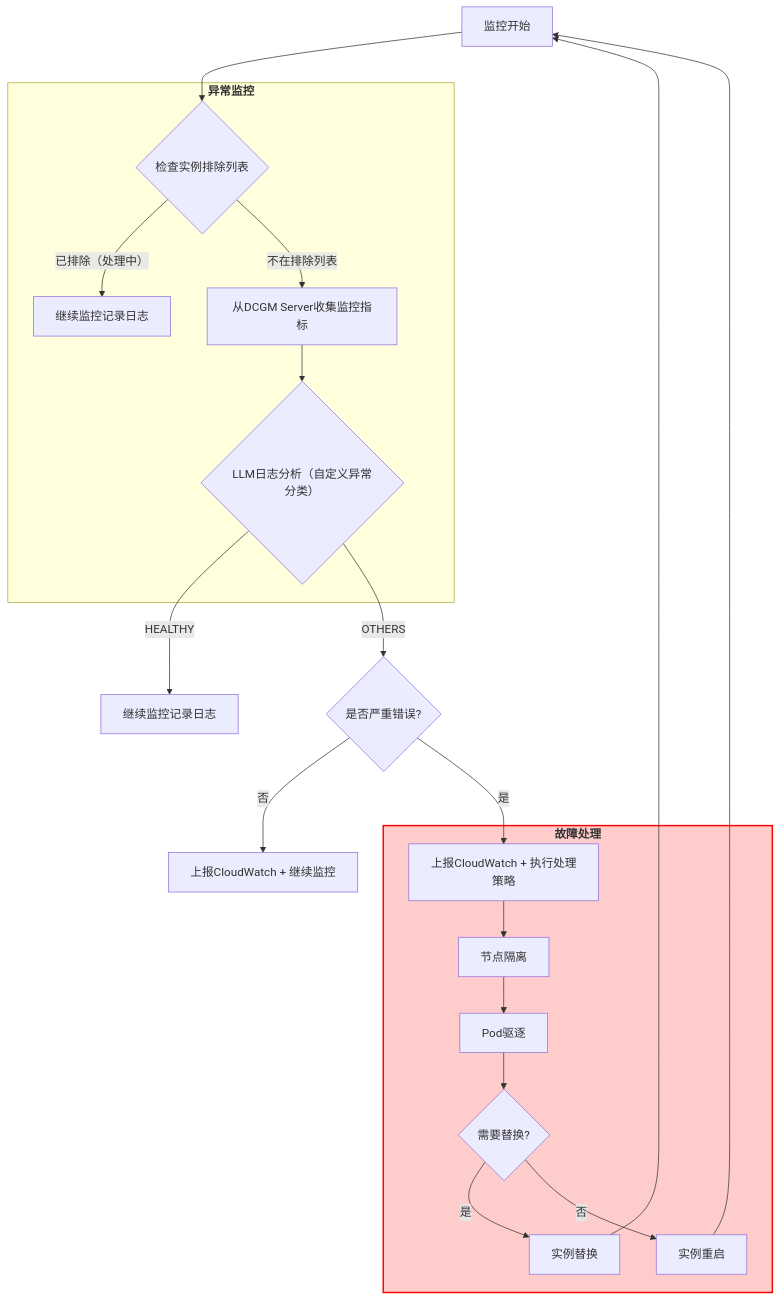
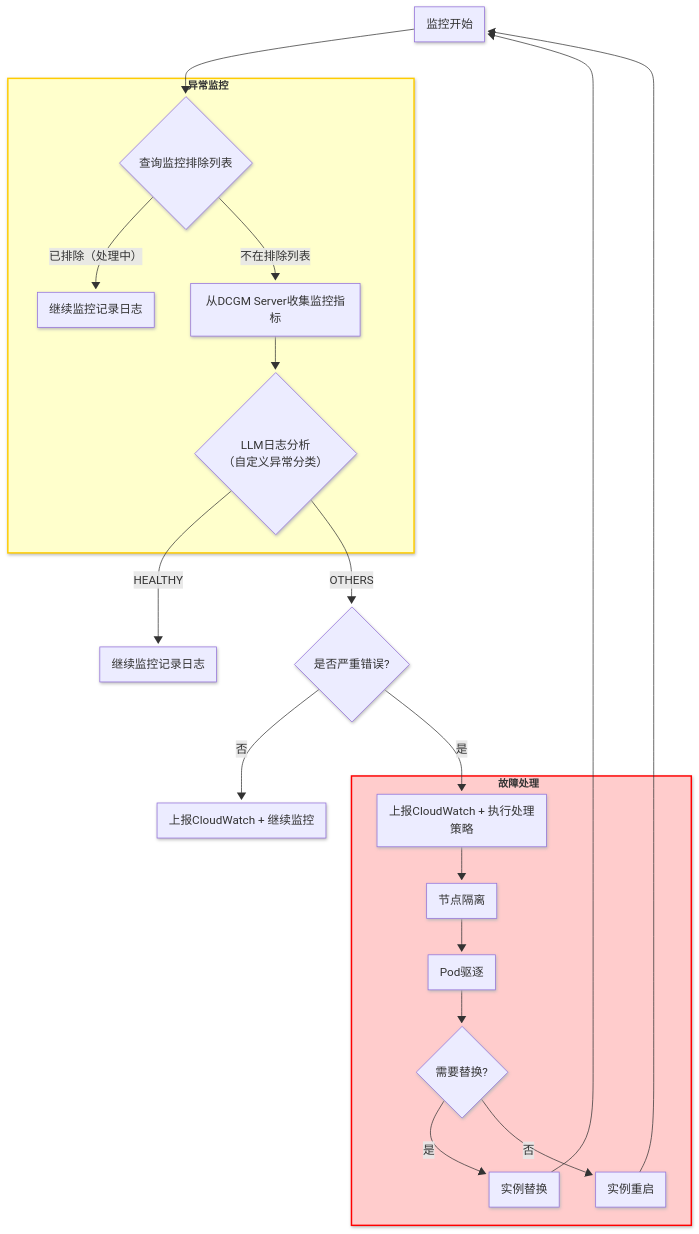
One commit to haozhx23/250701-eks-gpu-cluster-resilience changed the diagram in README.md. Above: the diagram before and after it, drawn with Mermaid.

````diff
--- a/README.md
+++ b/README.md
@@ -50,30 +50,29 @@
 ```mermaid
+---
+config:
+  look: neo
+  theme: default
+---
 flowchart TD
-    A[监控开始] --> A1{检查实例排除列表}
+    A[监控开始] --> A1{查询监控排除列表}
     subgraph 异常监控
     A1 --> |已排除（处理中）| B0[继续监控记录日志]
     A1 --> |不在排除列表| B[从DCGM Server收集监控指标]
-    B --> C{LLM日志分析（自定义异常分类）}
+    B --> C{LLM日志分析<br>（自定义异常分类）}
     end
-    
     C -->|HEALTHY| F[继续监控记录日志]
-    
     C -->|OTHERS| G{是否严重错误?}
     G -->|否| H[上报CloudWatch + 继续监控]
-        
     G -->|是| L[上报CloudWatch + 执行处理策略]
     subgraph 故障处理
     L --> O[节点隔离]
     O --> P[Pod驱逐]
-    
     P --> Q{需要替换?}
     Q -->|是| R[实例替换]
     Q -->|否| S[实例重启]
     end
-
     R --> A
     S --> A
-
-    style 异常监控 font-size:16px,font-weight:bold
-    style 故障处理 fill:#ffcccc,stroke:#ff0000,stroke-width:2px,color:#333,font-size:16px,font-weight:bold
+    style 异常监控 fill:#ffffcc,stroke:#ffcc00,stroke-width:2px,color:#333,font-size:14px,font-weight:bold
+    style 故障处理 fill:#ffcccc,stroke:#ff0000,stroke-width:2px,color:#333,font-size:14px,font-weight:bold
 ```
````
